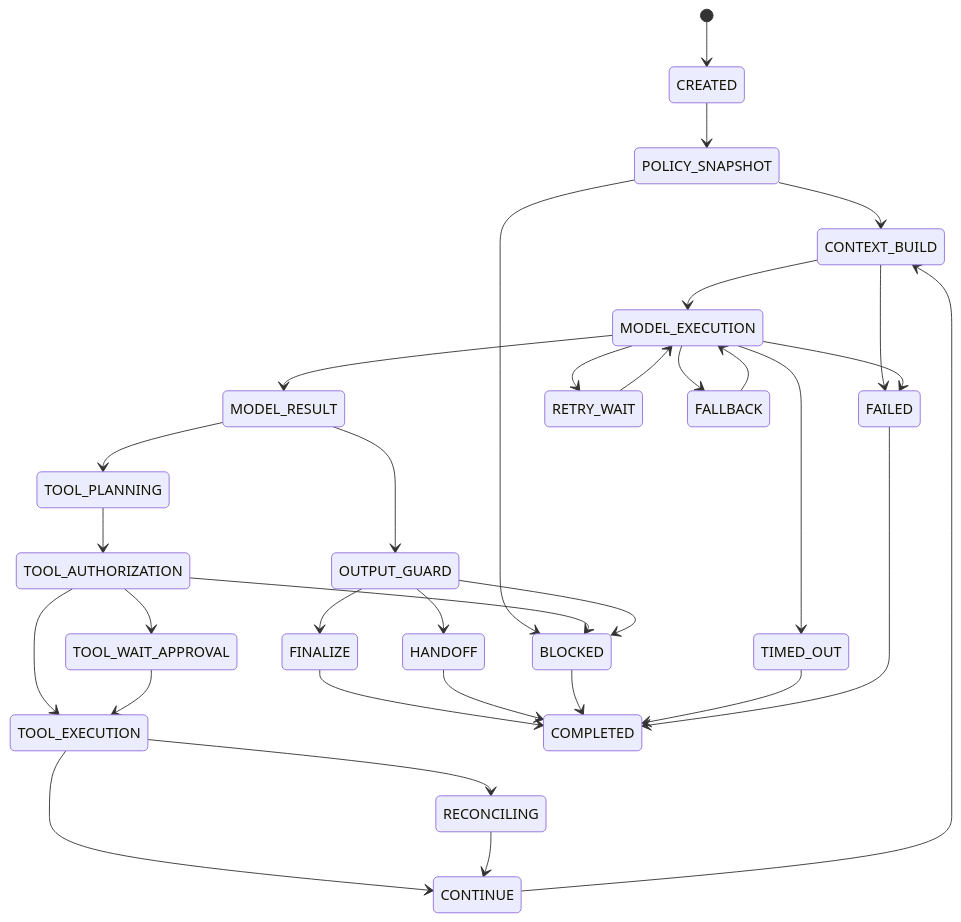
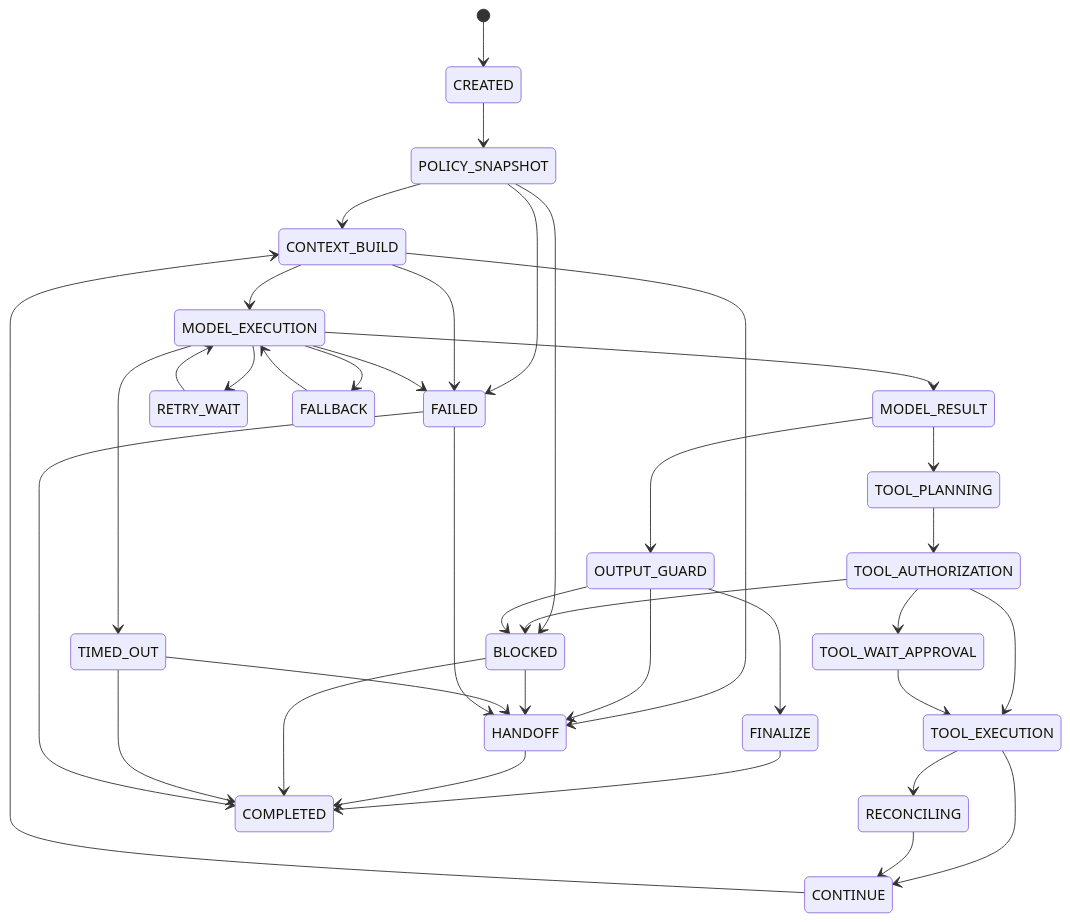
One commit to D-engahmed/OMILINKS changed the first of 2 diagrams in docs/ai/agent-runtime.md. Above: the diagram before and after it, drawn with Mermaid. The commit also changed other lines of this file and 81 other files, not shown here.

````diff
--- a/docs/ai/agent-runtime.md
+++ b/docs/ai/agent-runtime.md
@@ -44,35 +58,40 @@
 ```mermaid
 stateDiagram-v2
     [*] --> CREATED
     CREATED --> POLICY_SNAPSHOT
     POLICY_SNAPSHOT --> CONTEXT_BUILD
     POLICY_SNAPSHOT --> BLOCKED
+    POLICY_SNAPSHOT --> FAILED
     CONTEXT_BUILD --> MODEL_EXECUTION
     CONTEXT_BUILD --> FAILED
+    CONTEXT_BUILD --> HANDOFF
     MODEL_EXECUTION --> MODEL_RESULT
     MODEL_EXECUTION --> RETRY_WAIT
     MODEL_EXECUTION --> FALLBACK
     MODEL_EXECUTION --> TIMED_OUT
     MODEL_EXECUTION --> FAILED
     RETRY_WAIT --> MODEL_EXECUTION
     FALLBACK --> MODEL_EXECUTION
     MODEL_RESULT --> OUTPUT_GUARD
     MODEL_RESULT --> TOOL_PLANNING
     TOOL_PLANNING --> TOOL_AUTHORIZATION
     TOOL_AUTHORIZATION --> TOOL_WAIT_APPROVAL
     TOOL_AUTHORIZATION --> TOOL_EXECUTION
     TOOL_AUTHORIZATION --> BLOCKED
     TOOL_WAIT_APPROVAL --> TOOL_EXECUTION
     TOOL_EXECUTION --> CONTINUE
     TOOL_EXECUTION --> RECONCILING
     RECONCILING --> CONTINUE
     CONTINUE --> CONTEXT_BUILD
     OUTPUT_GUARD --> FINALIZE
     OUTPUT_GUARD --> HANDOFF
     OUTPUT_GUARD --> BLOCKED
     FINALIZE --> COMPLETED
     HANDOFF --> COMPLETED
     BLOCKED --> COMPLETED
+    BLOCKED --> HANDOFF
     TIMED_OUT --> COMPLETED
+    TIMED_OUT --> HANDOFF
     FAILED --> COMPLETED
+    FAILED --> HANDOFF
 ```
````
